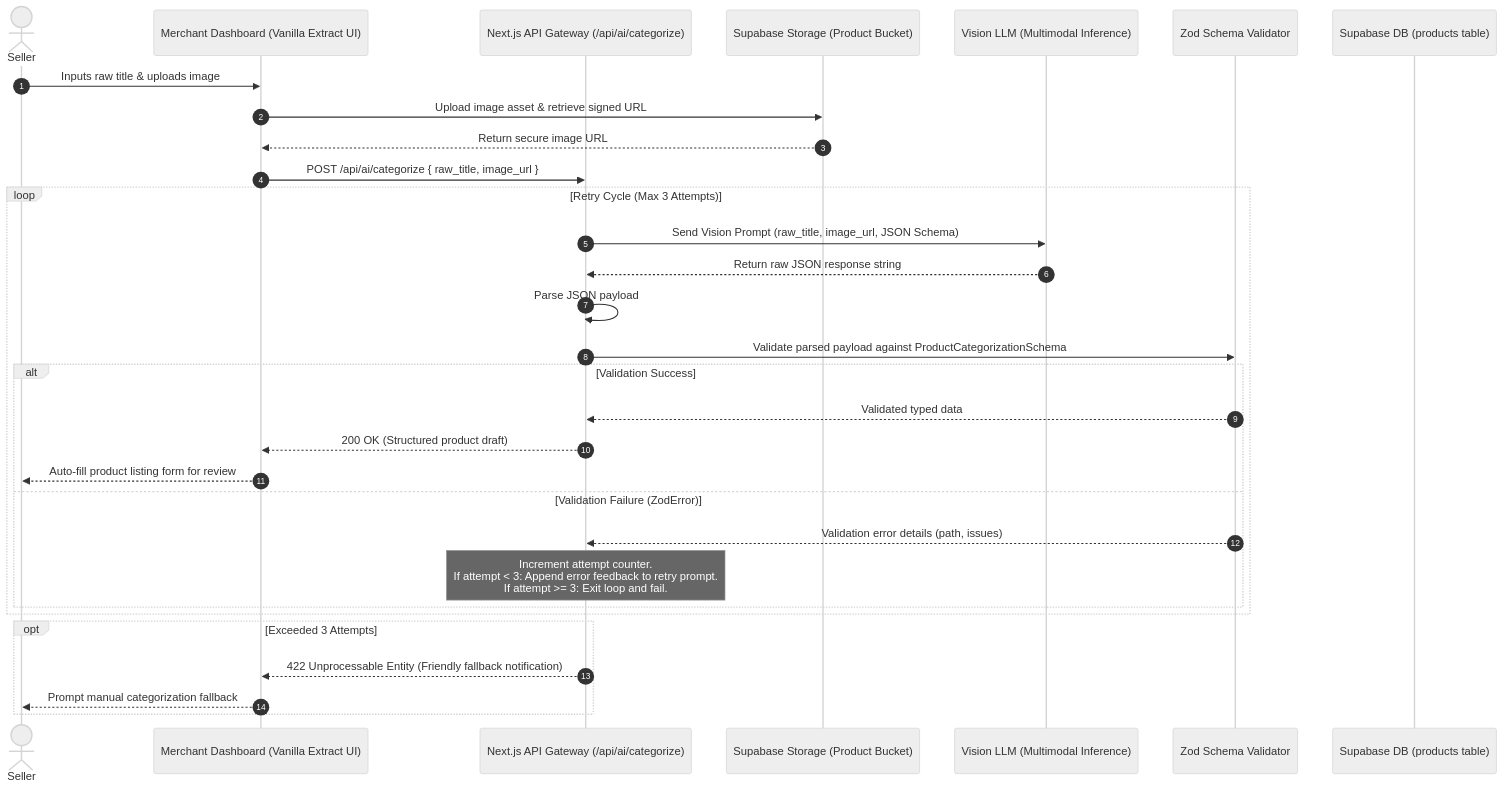
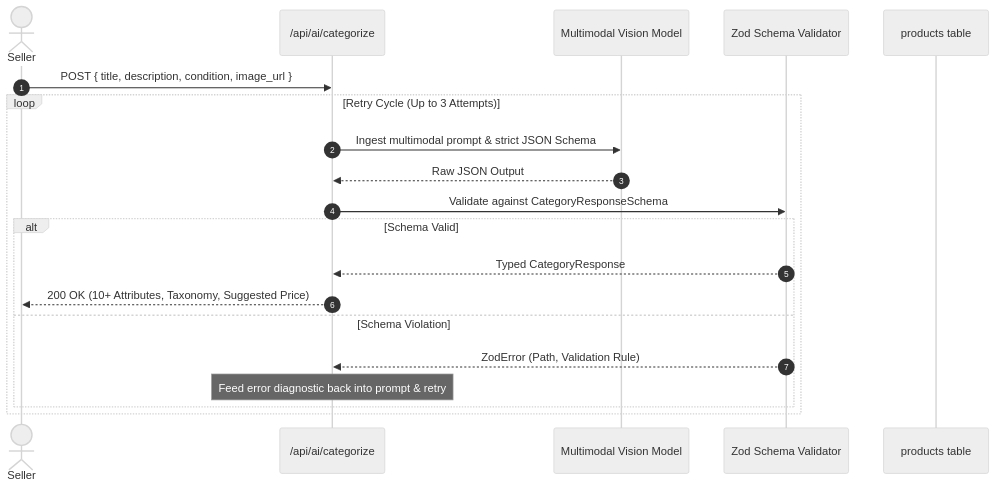
Before and after one commit to nikhilkumarsjinnovation/shopspheres: the second of 2 diagrams in ai-agent.md, drawn with Mermaid (neutral theme). The commit also changed other lines of this file and 50 other files, not shown here.

````diff
--- a/ai-agent.md
+++ b/ai-agent.md
@@ -22,36 +113,23 @@
 ```mermaid
 sequenceDiagram
     autonumber
     actor Seller
-    participant Client as Merchant Dashboard (Vanilla Extract UI)
-    participant Server as Next.js API Gateway (/api/ai/categorize)
-    participant Storage as Supabase Storage (Product Bucket)
-    participant LLM as Vision LLM (Multimodal Inference)
+    participant API as /api/ai/categorize
+    participant LLM as Multimodal Vision Model
     participant Zod as Zod Schema Validator
-    participant DB as Supabase DB (products table)
+    participant DB as products table
 
-    Seller->>Client: Inputs raw title & uploads image
-    Client->>Storage: Upload image asset & retrieve signed URL
-    Storage-->>Client: Return secure image URL
-    Client->>Server: POST /api/ai/categorize { raw_title, image_url }
-    
-    loop Retry Cycle (Max 3 Attempts)
-        Server->>LLM: Send Vision Prompt (raw_title, image_url, JSON Schema)
-        LLM-->>Server: Return raw JSON response string
-        Server->>Server: Parse JSON payload
-        Server->>Zod: Validate parsed payload against ProductCategorizationSchema
-        alt Validation Success
-            Zod-->>Server: Validated typed data
-            Server-->>Client: 200 OK (Structured product draft)
-            Client-->>Seller: Auto-fill product listing form for review
-        else Validation Failure (ZodError)
-            Zod-->>Server: Validation error details (path, issues)
-            Note over Server: Increment attempt counter.<br/>If attempt < 3: Append error feedback to retry prompt.<br/>If attempt >= 3: Exit loop and fail.
+    Seller->>API: POST { title, description, condition, image_url }
+    loop Retry Cycle (Up to 3 Attempts)
+        API->>LLM: Ingest multimodal prompt & strict JSON Schema
+        LLM-->>API: Raw JSON Output
+        API->>Zod: Validate against CategoryResponseSchema
+        alt Schema Valid
+            Zod-->>API: Typed CategoryResponse
+            API-->>Seller: 200 OK (10+ Attributes, Taxonomy, Suggested Price)
+        else Schema Violation
+            Zod-->>API: ZodError (Path, Validation Rule)
+            Note over API: Feed error diagnostic back into prompt & retry
         end
     end
-
-    opt Exceeded 3 Attempts
-        Server-->>Client: 422 Unprocessable Entity (Friendly fallback notification)
-        Client-->>Seller: Prompt manual categorization fallback
-    end
 ```
````
